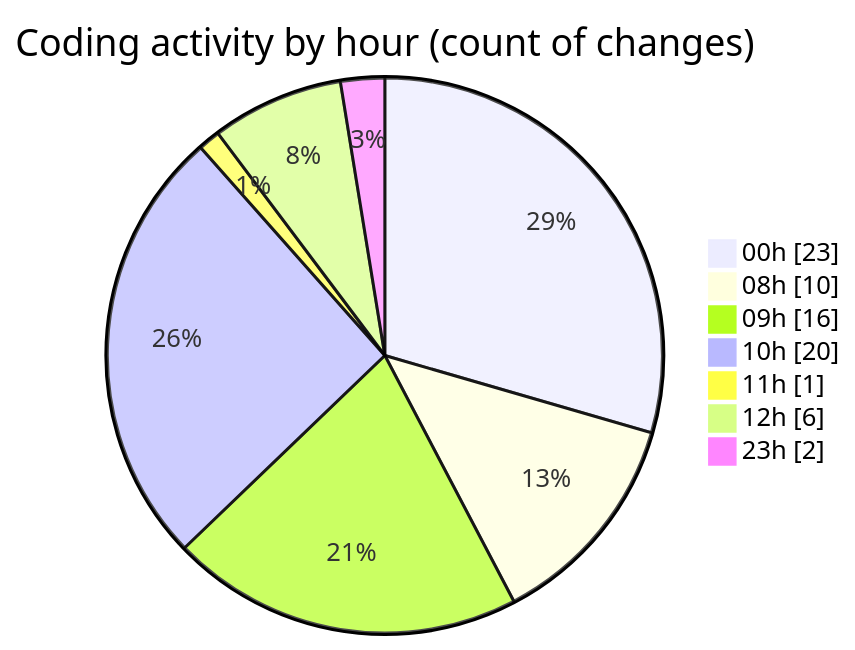
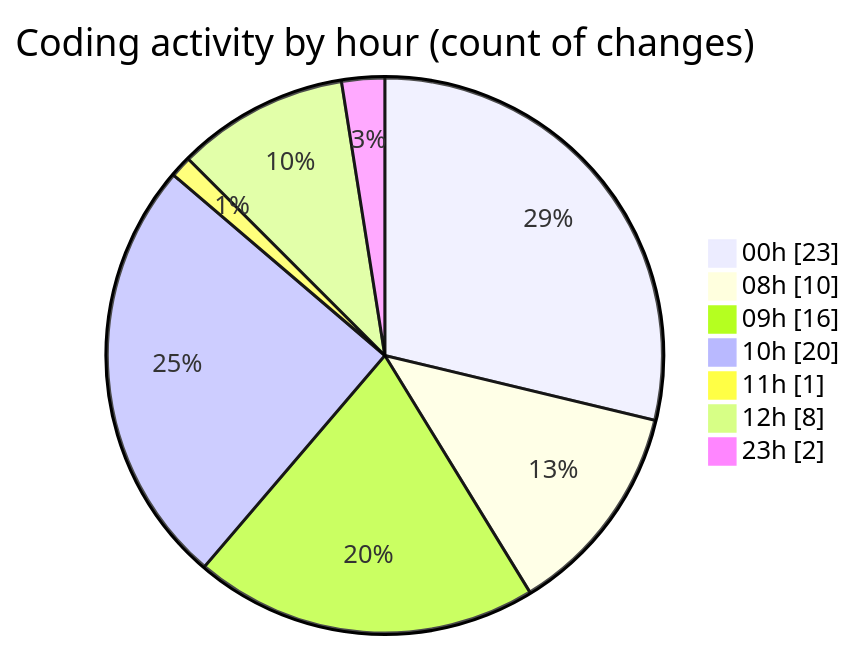
One commit to Elitesun/code-tracking changed the second of 2 diagrams in 2025-05-29/advertise/README.md. Above: the diagram before and after it, drawn with Mermaid. The commit also changed other lines of this file and 1 other file, not shown here.

````diff
--- a/2025-05-29/advertise/README.md
+++ b/2025-05-29/advertise/README.md
@@ -37,11 +37,11 @@
 ```mermaid
 pie showData
 title Coding activity by hour (count of changes)
 "00h" : 23
 "08h" : 10
 "09h" : 16
 "10h" : 20
 "11h" : 1
-"12h" : 6
+"12h" : 8
 "23h" : 2
 ```
````
